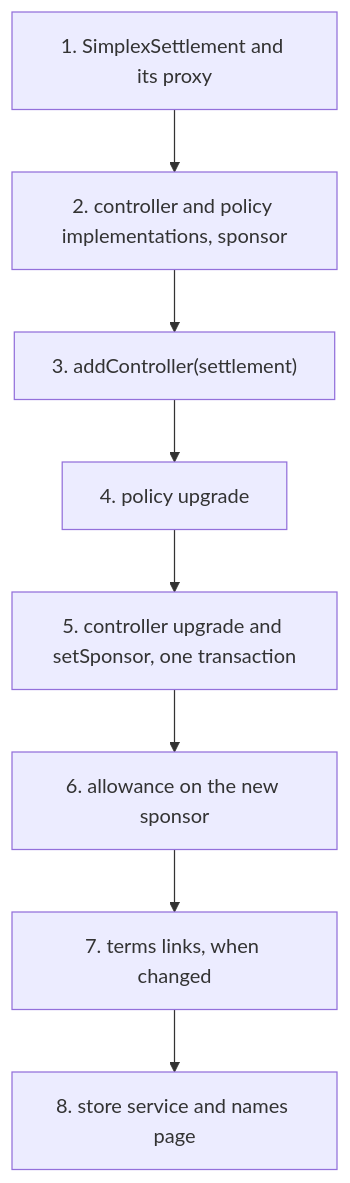
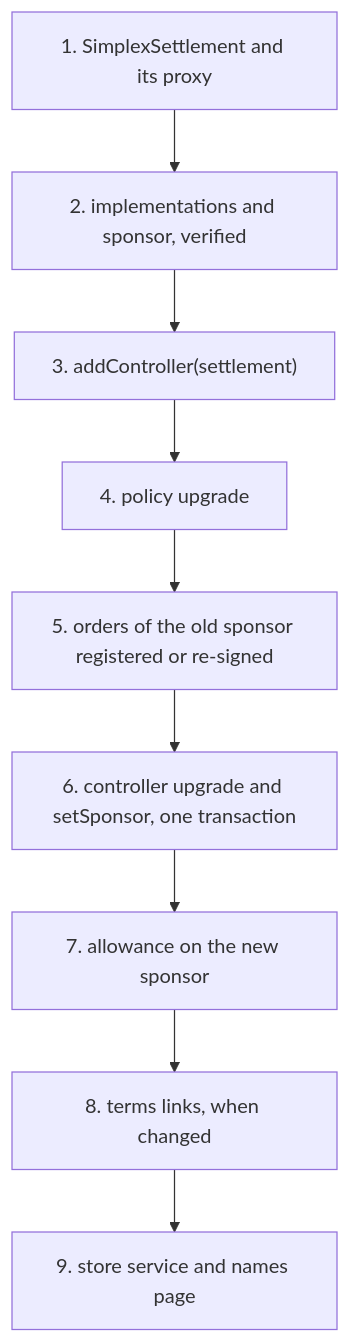
The fourth of 6 diagrams in docs/plans/payment-reversal.md (brenzi-agent/simplex-namespace-contract), drawn with Mermaid before and after one commit. The commit also changed other lines of this file, not shown here.

Commit message:
docs: exact reversal deadline, one settlement address and card renewals in the plan

````diff
--- a/docs/plans/payment-reversal.md
+++ b/docs/plans/payment-reversal.md
@@ -256,10 +300,11 @@
 ```mermaid
 flowchart TD
-  s1["1. SimplexSettlement and its proxy"] --> s2["2. controller and policy implementations, sponsor"]
+  s1["1. SimplexSettlement and its proxy"] --> s2["2. implementations and sponsor, verified"]
   s2 --> s3["3. addController(settlement)"]
   s3 --> s4["4. policy upgrade"]
-  s4 --> s5["5. controller upgrade and setSponsor, one transaction"]
-  s5 --> s6["6. allowance on the new sponsor"]
-  s6 --> s7["7. terms links, when changed"]
-  s7 --> s8["8. store service and names page"]
+  s4 --> s5["5. orders of the old sponsor registered or re-signed"]
+  s5 --> s6["6. controller upgrade and setSponsor, one transaction"]
+  s6 --> s7["7. allowance on the new sponsor"]
+  s7 --> s8["8. terms links, when changed"]
+  s8 --> s9["9. store service and names page"]
 ```
````
